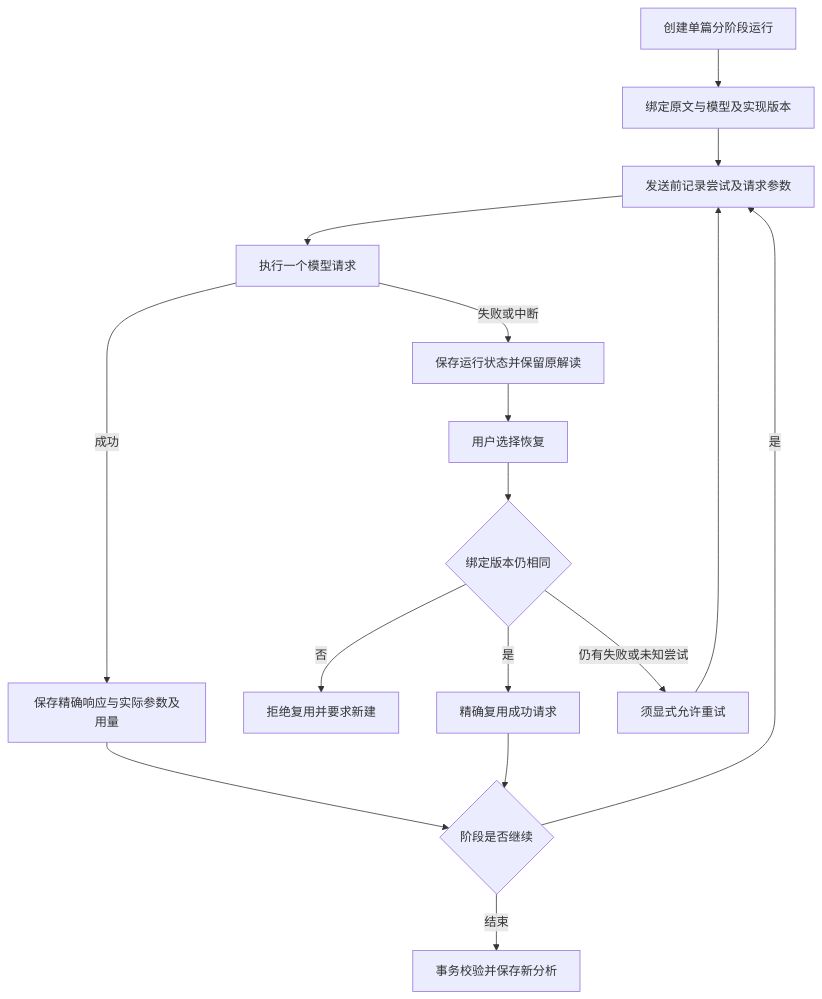
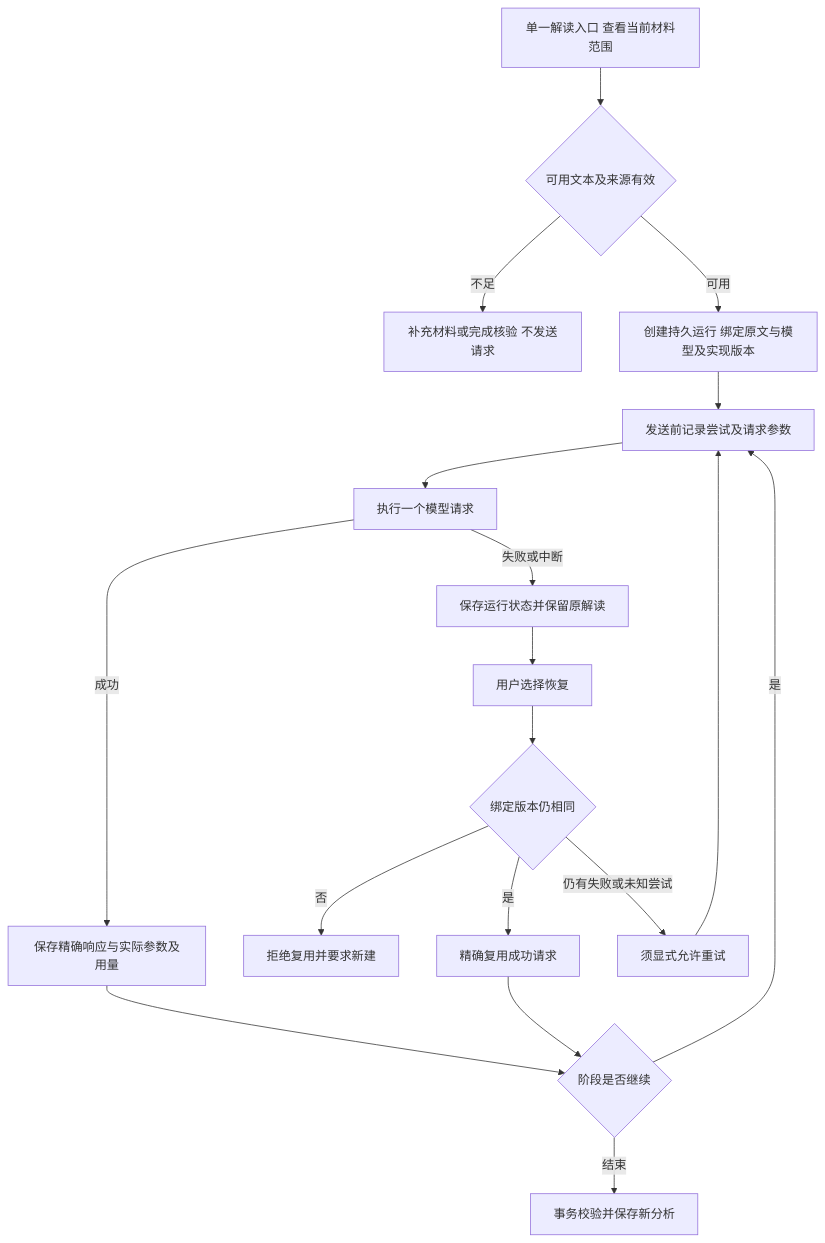
The diagram in docs/modules/06-模型运行与数据管理.md (kingjone0/litprism), drawn with Mermaid before and after one commit. The commit also changed other lines of this file and 41 other files, not shown here.

````diff
--- a/docs/modules/06-模型运行与数据管理.md
+++ b/docs/modules/06-模型运行与数据管理.md
@@ -17,18 +21,20 @@
 ```mermaid
 flowchart TD
-    A[创建单篇分阶段运行] --> B[绑定原文与模型及实现版本]
+    A[单一解读入口 查看当前材料范围] --> P{可用文本及来源有效}
+    P -->|不足| S[补充材料或完成核验 不发送请求]
+    P -->|可用| B[创建持久运行 绑定原文与模型及实现版本]
     B --> C[发送前记录尝试及请求参数]
     C --> D[执行一个模型请求]
     D -->|成功| E[保存精确响应与实际参数及用量]
     E --> F{阶段是否继续}
     F -->|是| C
     F -->|结束| G[事务校验并保存新分析]
     D -->|失败或中断| H[保存运行状态并保留原解读]
     H --> I[用户选择恢复]
     I --> J{绑定版本仍相同}
     J -->|否| K[拒绝复用并要求新建]
     J -->|是| L[精确复用成功请求]
     L --> F
     J -->|仍有失败或未知尝试| M[须显式允许重试]
     M --> C
 ```
````
